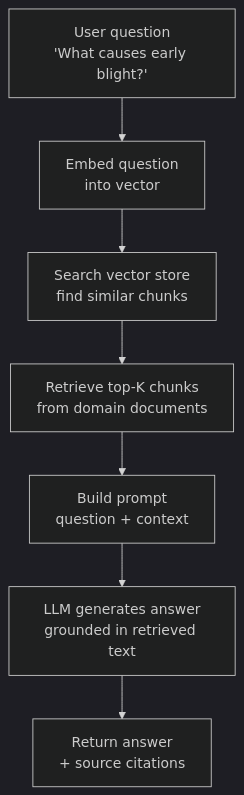
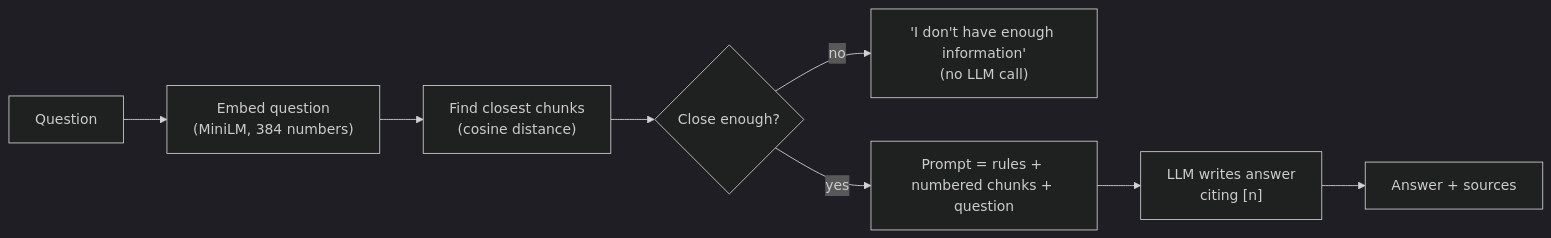
Before and after one commit to Paulmburu/ai-crop-disease-platform: the second of 6 diagrams in docs/PHASE_3_RAG_PIPELINE.md, drawn with Mermaid (dark theme). The commit also changed other lines of this file and 1 other file, not shown here.

Commit message:
docs: regenerate phase 3 doc from the real rag-service code; fix roadmap RAG section

````diff
--- a/docs/PHASE_3_RAG_PIPELINE.md
+++ b/docs/PHASE_3_RAG_PIPELINE.md
@@ -95,9 +73,10 @@
 ```mermaid
-flowchart TD
-    A["User question\n'What causes early blight?'"] --> B["Embed question\ninto vector"]
-    B --> C["Search vector store\nfind similar chunks"]
-    C --> D["Retrieve top-K chunks\nfrom domain documents"]
-    D --> E["Build prompt\nquestion + context"]
-    E --> F["LLM generates answer\ngrounded in retrieved text"]
-    F --> G["Return answer\n+ source citations"]
+flowchart LR
+    Q["Question"] --> E["Embed question<br/>(MiniLM, 384 numbers)"]
+    E --> S["Find closest chunks<br/>(cosine distance)"]
+    S --> G{"Close enough?"}
+    G -- no --> N["'I don't have enough information'<br/>(no LLM call)"]
+    G -- yes --> PR["Prompt = rules + numbered chunks + question"]
+    PR --> L["LLM writes answer<br/>citing [n]"]
+    L --> A["Answer + sources"]
 ```
````
